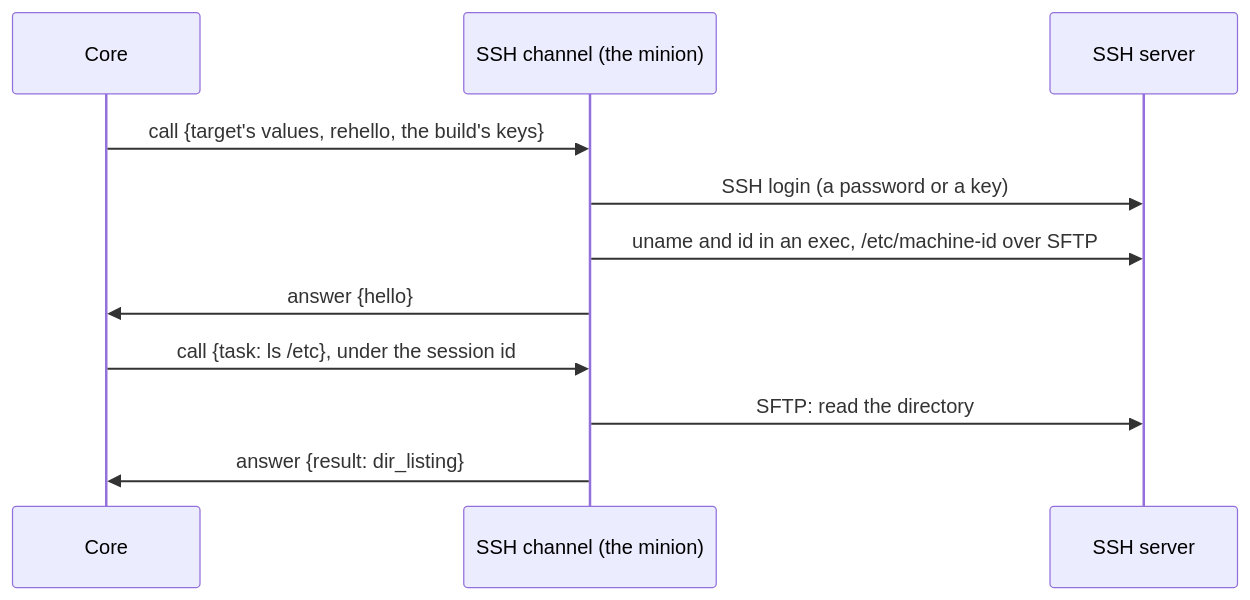
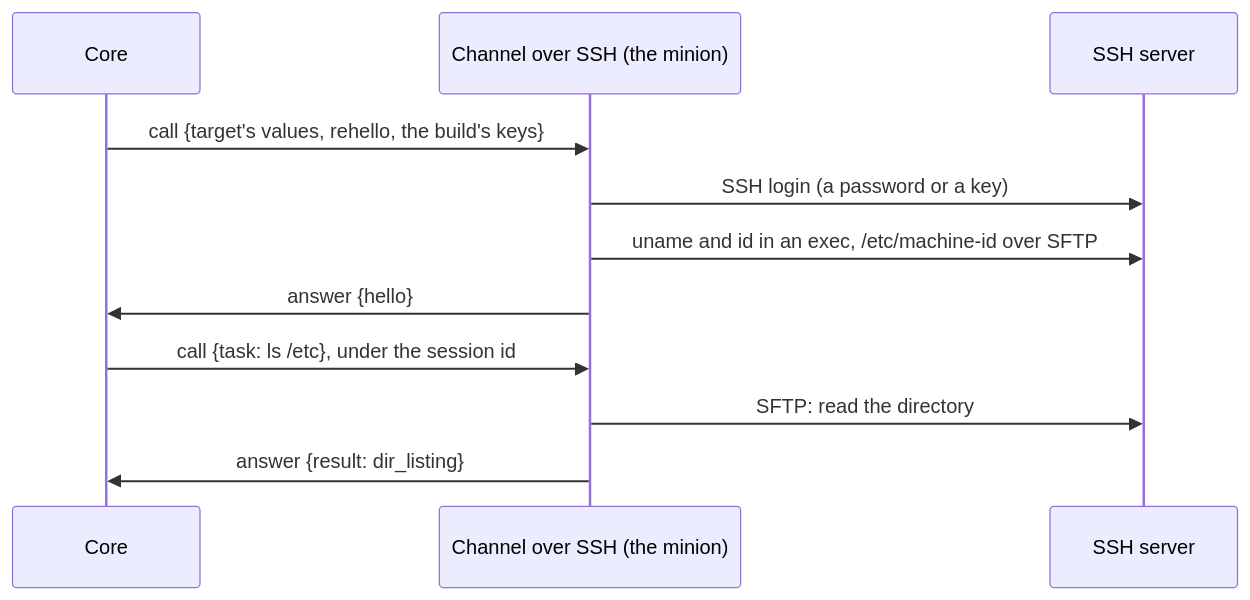
One commit to LogosCore/logos-docs changed the diagram in src/content/docs/contracts/agentless-channels.md. Above: the diagram before and after it, drawn with Mermaid. The commit also changed other lines of this file and 36 other files, not shown here.

````diff
--- a/src/content/docs/contracts/agentless-channels.md
+++ b/src/content/docs/contracts/agentless-channels.md
@@ -13,13 +13,13 @@
 ```mermaid
 sequenceDiagram
     participant C as Core
-    participant CH as SSH channel (the minion)
+    participant CH as Channel over SSH (the minion)
     participant S as SSH server
     C->>CH: call {target's values, rehello, the build's keys}
     CH->>S: SSH login (a password or a key)
     CH->>S: uname and id in an exec, /etc/machine-id over SFTP
     CH->>C: answer {hello}
     C->>CH: call {task: ls /etc}, under the session id
     CH->>S: SFTP: read the directory
     CH->>C: answer {result: dir_listing}
 ```
````
